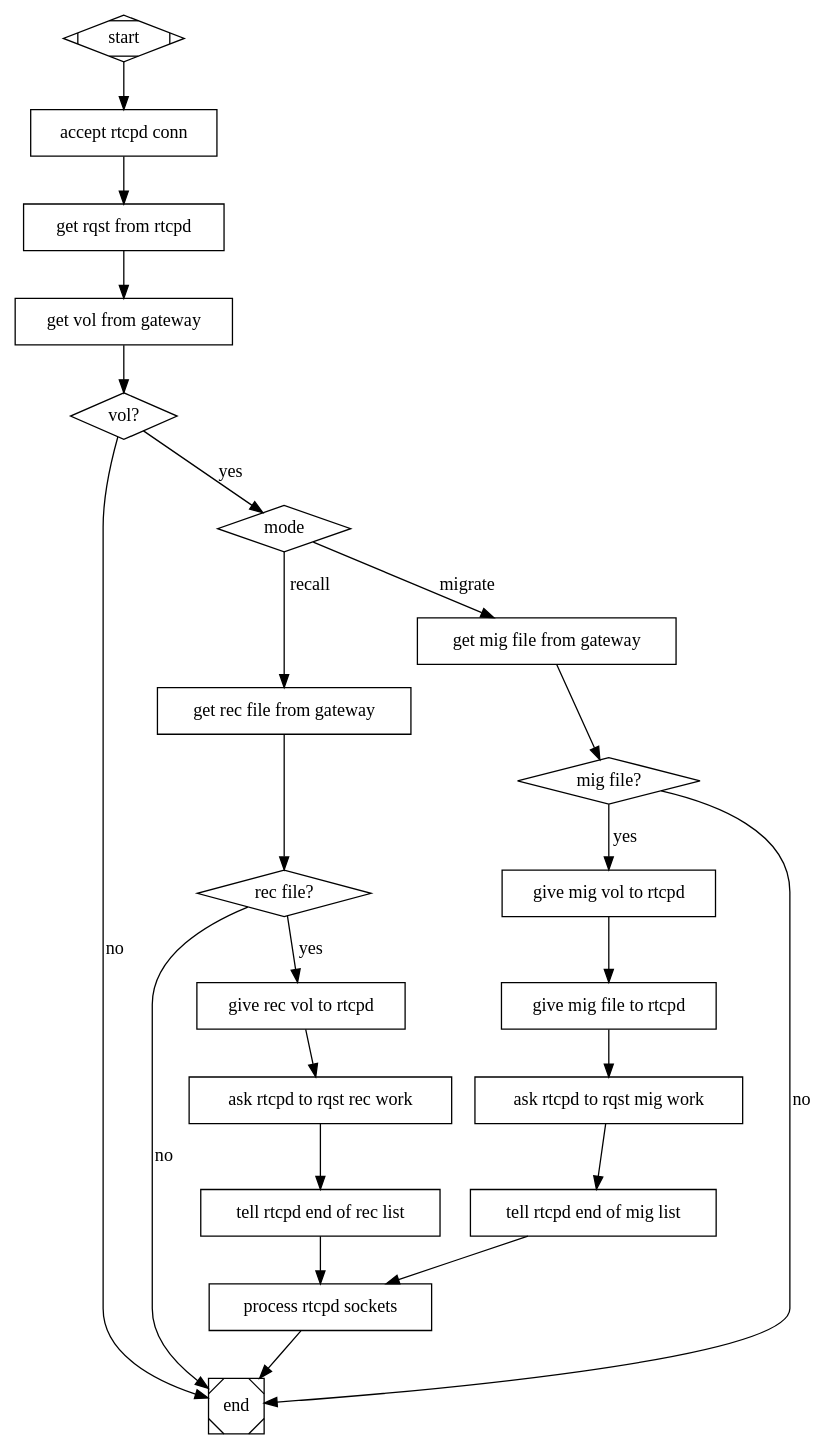
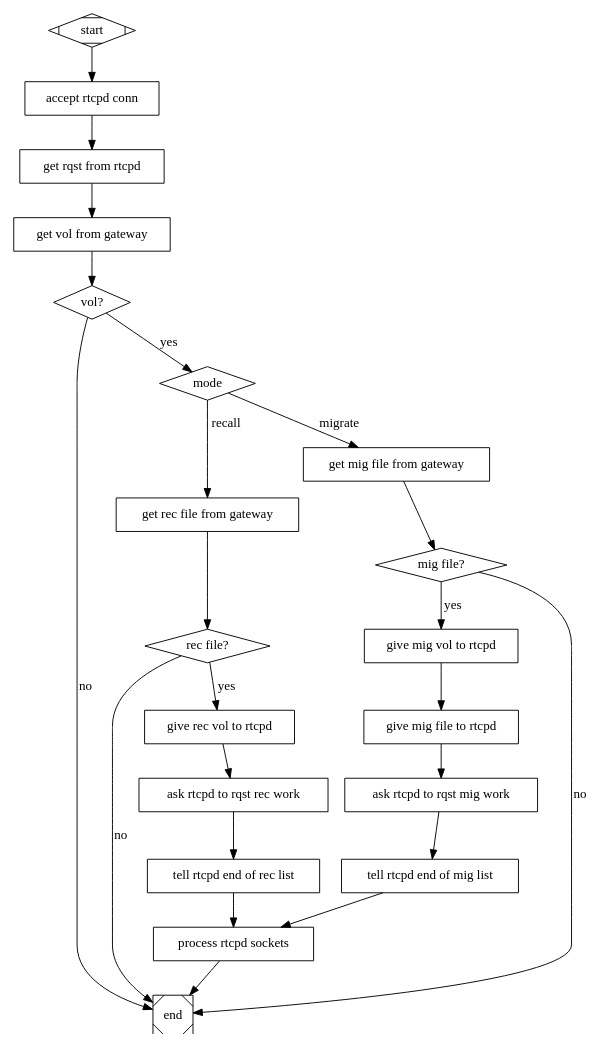
Before and after one commit to cern-cta/CTA: the diagram in castor/tape/doc/flow_charts/coordinateRemoteCopy.dot, drawn with Graphviz.

Commit message:
Added a size attribute to the coordinateRemoteCopy flow chart so that all of it fits on a single A4 sheet of paper.

```diff
--- a/castor/tape/doc/flow_charts/coordinateRemoteCopy.dot
+++ b/castor/tape/doc/flow_charts/coordinateRemoteCopy.dot
@@ -1,45 +1,46 @@
 digraph flowchart {
+  size="8,11";
 
   start                        -> "accept rtcpd conn";
   "accept rtcpd conn"          -> "get rqst from rtcpd";
   "get rqst from rtcpd"        -> "get vol from gateway";
   "get vol from gateway"       -> "vol?";
   "vol?"                       -> end                           [label=no];
   "vol?"                       -> mode                          [label=yes];
   mode                         -> "get mig file from gateway"   [label=migrate];
   "get mig file from gateway"  -> "mig file?"
   "mig file?"                  -> end                           [label=no];
   "mig file?"                  -> "give mig vol to rtcpd"       [label=yes];
   "give mig vol to rtcpd"      -> "give mig file to rtcpd";
   "give mig file to rtcpd"     -> "ask rtcpd to rqst mig work";
   "ask rtcpd to rqst mig work" -> "tell rtcpd end of mig list";
   "tell rtcpd end of mig list" -> "process rtcpd sockets";
   mode                         -> "get rec file from gateway"   [label=recall];
   "get rec file from gateway"  -> "rec file?"
   "rec file?"                  -> end                           [label=no];
   "rec file?"                  -> "give rec vol to rtcpd"       [label=yes];
   "give rec vol to rtcpd"      -> "ask rtcpd to rqst rec work";
   "ask rtcpd to rqst rec work" -> "tell rtcpd end of rec list";
   "tell rtcpd end of rec list" -> "process rtcpd sockets";
   "process rtcpd sockets"      -> end;
 
   "get rqst from rtcpd"        [shape=rectangle];
   "get vol from gateway"       [shape=rectangle];
   "accept rtcpd conn"          [shape=rectangle];
   "vol?"                       [shape=diamond];
   mode                         [shape=diamond];
   "get mig file from gateway"  [shape=rectangle];
   "mig file?"                  [shape=diamond];
   "give mig vol to rtcpd"      [shape=rectangle];
   "give mig file to rtcpd"     [shape=rectangle];
   "ask rtcpd to rqst mig work" [shape=rectangle];
   "tell rtcpd end of mig list" [shape=rectangle];
   "process rtcpd sockets"      [shape=rectangle];
   "get rec file from gateway"  [shape=rectangle];
   "rec file?"                  [shape=diamond];
   "give rec vol to rtcpd"      [shape=rectangle];
   "ask rtcpd to rqst rec work" [shape=rectangle];
   "tell rtcpd end of rec list" [shape=rectangle];
   start                        [shape=Mdiamond];
   end                          [shape=Msquare];
 }
```
